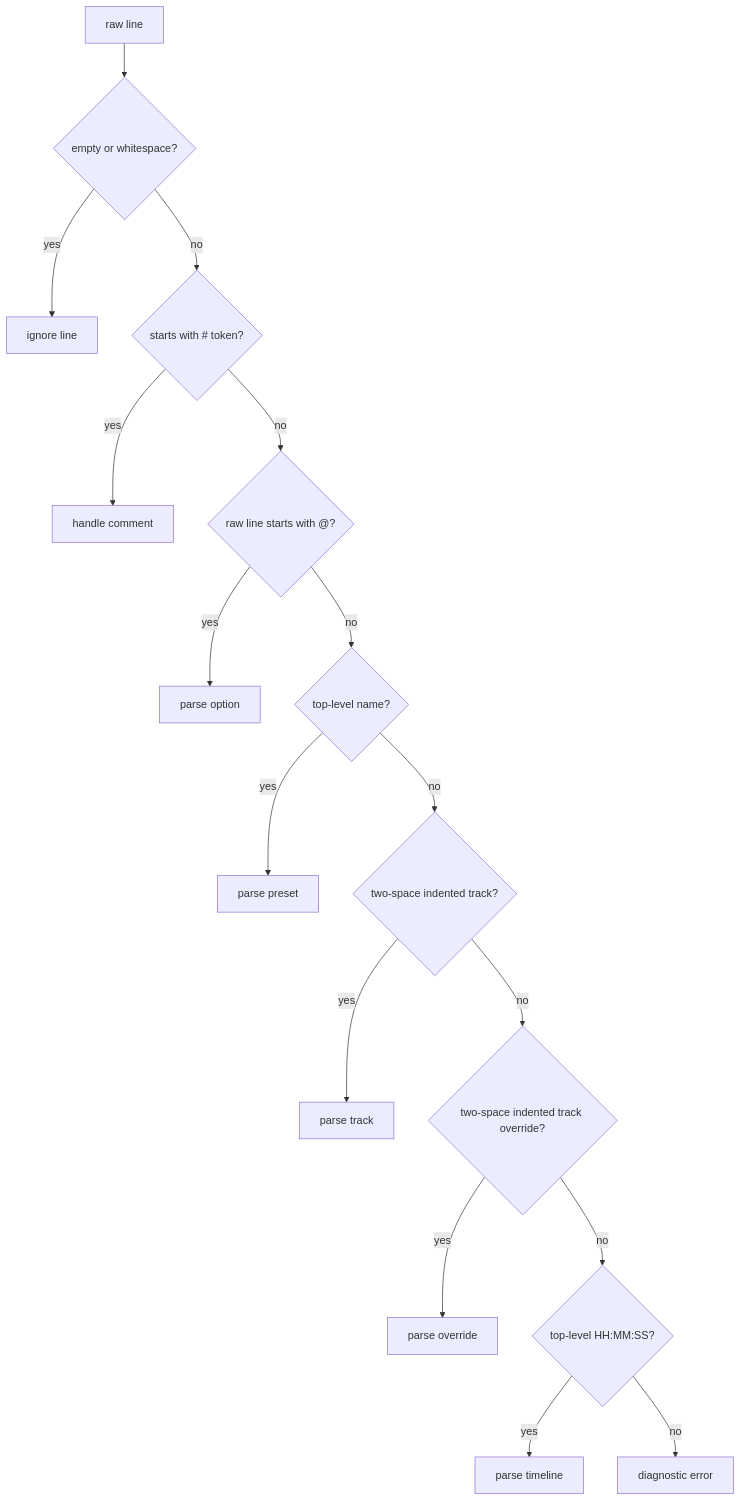
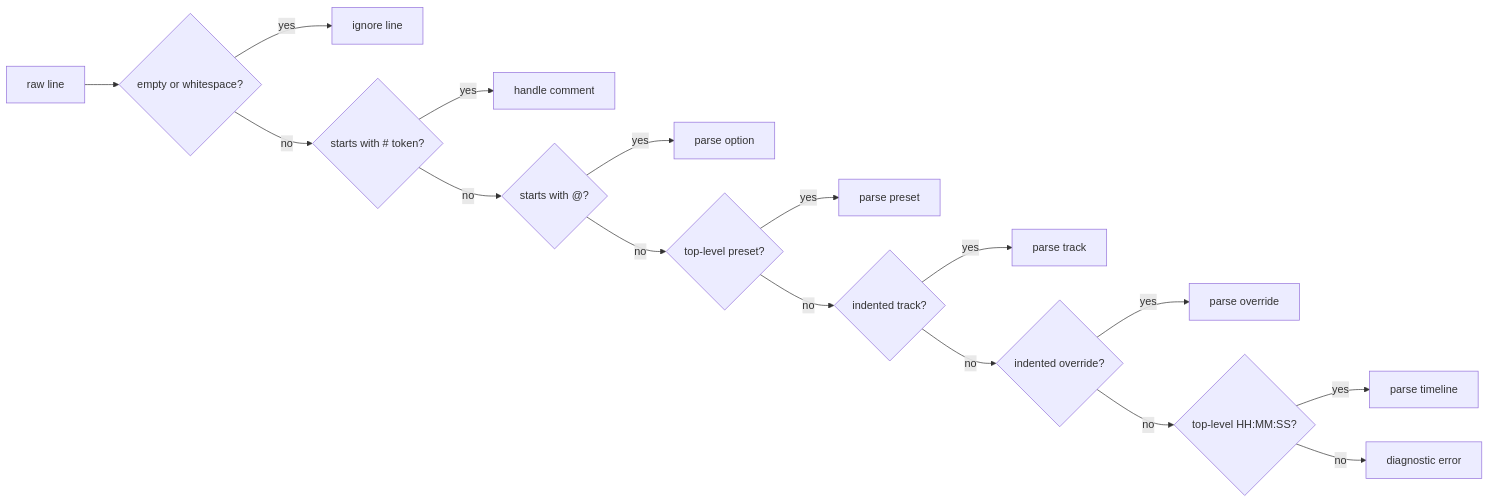
One commit to synapseq-foundation/synapseq changed the second of 4 diagrams in docs/SYNTAX.md. Above: the diagram before and after it, drawn with Mermaid. The commit also changed other lines of this file, not shown here.

Commit message:
docs: update SYNTAX.md with mermaid diagrams and minor text improvements

````diff
--- a/docs/SYNTAX.md
+++ b/docs/SYNTAX.md
@@ -49,18 +56,18 @@
 ```mermaid
-flowchart TD
+flowchart LR
     Line[raw line] --> Empty{empty or whitespace?}
     Empty -->|yes| Skip[ignore line]
     Empty -->|no| Comment{starts with # token?}
     Comment -->|yes| CommentHandle[handle comment]
-    Comment -->|no| Option{raw line starts with @?}
+    Comment -->|no| Option{starts with @?}
     Option -->|yes| OptionHandle[parse option]
-    Option -->|no| Preset{top-level name?}
+    Option -->|no| Preset{top-level preset?}
     Preset -->|yes| PresetHandle[parse preset]
-    Preset -->|no| Track{two-space indented track?}
+    Preset -->|no| Track{indented track?}
     Track -->|yes| TrackHandle[parse track]
-    Track -->|no| Override{two-space indented track override?}
+    Track -->|no| Override{indented override?}
     Override -->|yes| OverrideHandle[parse override]
     Override -->|no| Timeline{top-level HH:MM:SS?}
     Timeline -->|yes| TimelineHandle[parse timeline]
     Timeline -->|no| Invalid[diagnostic error]
 ```
````
